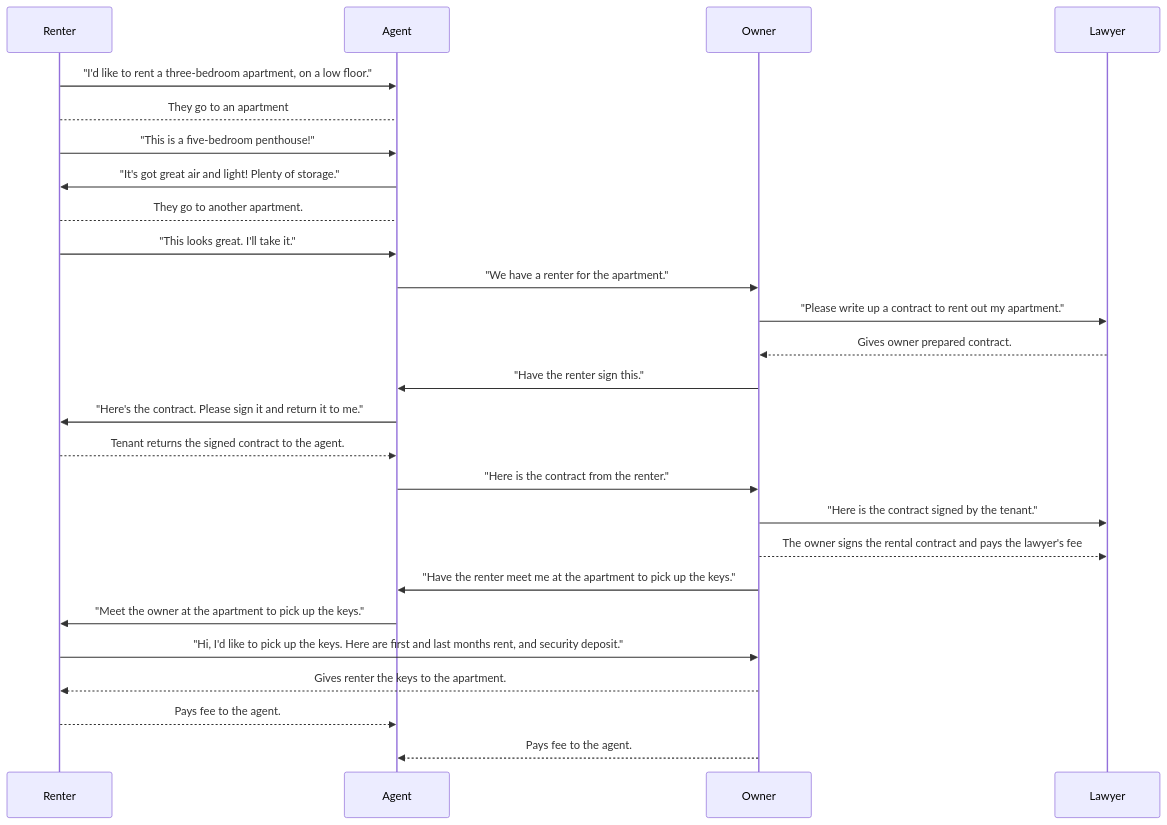
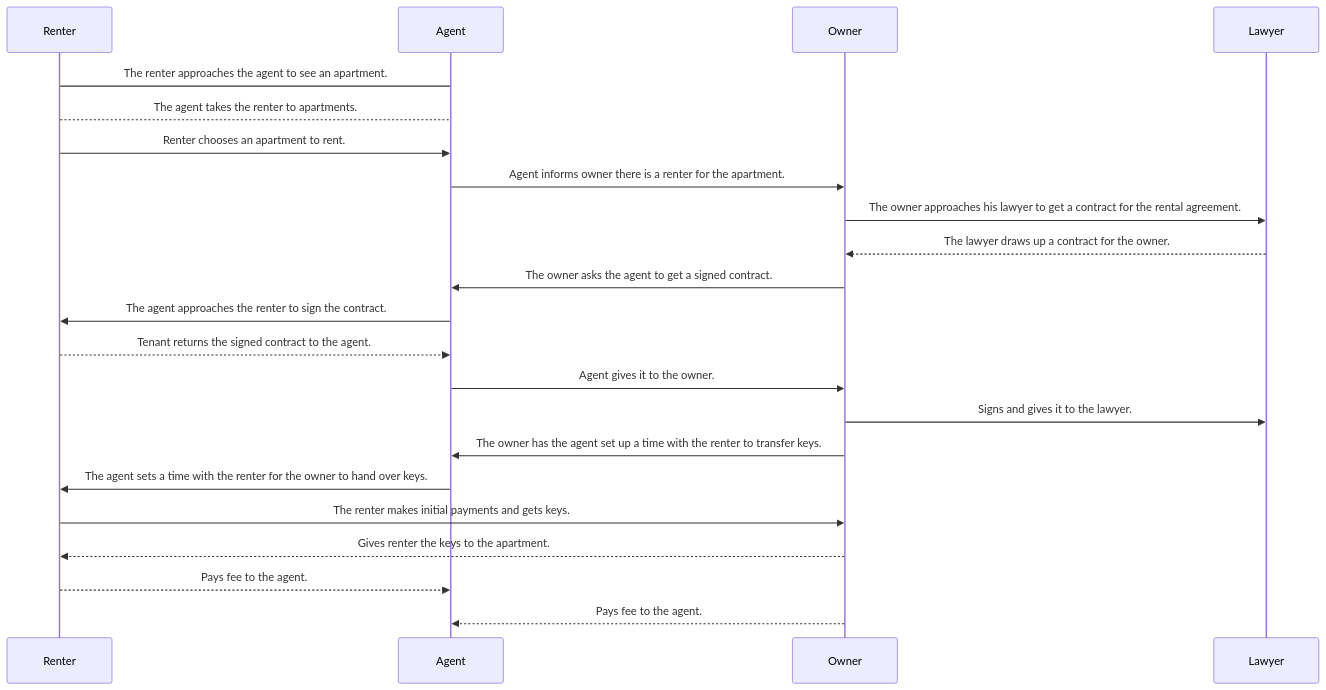
One commit to yusale9/student-showcase changed the diagram in student-work/2023/Sharon-Schnee/rental-sequence-diagram.md. Above: the diagram before and after it, drawn with Mermaid.

Commit message:
Update rental-sequence-diagram.md
first changes

````diff
--- a/student-work/2023/Sharon-Schnee/rental-sequence-diagram.md
+++ b/student-work/2023/Sharon-Schnee/rental-sequence-diagram.md
@@ -3,24 +3,20 @@
 ```mermaid
    sequenceDiagram
-   Renter->>Agent: "I'd like to rent a three-bedroom apartment, on a low floor."
-   Renter-->Agent: They go to an apartment
-   Renter->>Agent: "This is a five-bedroom penthouse!"
-   Agent->>Renter: "It's got great air and light! Plenty of storage."
-   Renter-->Agent: They go to another apartment.
-   Renter->>Agent: "This looks great. I'll take it."
-   Agent->>Owner: "We have a renter for the apartment."
-   Owner->>Lawyer: "Please write up a contract to rent out my apartment."
-   Lawyer-->>Owner: Gives owner prepared contract.
-   Owner->>Agent: "Have the renter sign this."
-   Agent->>Renter: "Here's the contract. Please sign it and return it to me."
+   Renter->Agent: The renter approaches the agent to see an apartment.
+    Renter-->Agent: The agent takes the renter to apartments.
+   Renter->>Agent: Renter chooses an apartment to rent.
+   Agent->>Owner: Agent informs owner there is a renter for the apartment.
+   Owner->>Lawyer: The owner approaches his lawyer to get a contract for the rental agreement.
+   Lawyer-->>Owner: The lawyer draws up a contract for the owner.
+   Owner->>Agent: The owner asks the agent to get a signed contract.
+   Agent->>Renter: The agent approaches the renter to sign the contract.
    Renter-->>Agent: Tenant returns the signed contract to the agent.
-   Agent->> Owner: "Here is the contract from the renter."
-   Owner->>Lawyer: "Here is the contract signed by the tenant."
-   Owner-->>Lawyer: The owner signs the rental contract and pays the lawyer's fee
-   Owner->>Agent: "Have the renter meet me at the apartment to pick up the keys."
-   Agent->>Renter: "Meet the owner at the apartment to pick up the keys."
-   Renter->>Owner: "Hi, I'd like to pick up the keys. Here are first and last months rent, and security deposit."
+   Agent->> Owner: Agent gives it to the owner.
+   Owner->>Lawyer: Signs and gives it to the lawyer.
+   Owner->>Agent: The owner has the agent set up a time with the renter to transfer keys.
+   Agent->>Renter: The agent sets a time with the renter for the owner to hand over keys.
+   Renter->>Owner: The renter makes initial payments and gets keys.
    Owner-->>Renter: Gives renter the keys to the apartment.
    Renter-->>Agent: Pays fee to the agent.
    Owner-->>Agent: Pays fee to the agent.
    ```
````
